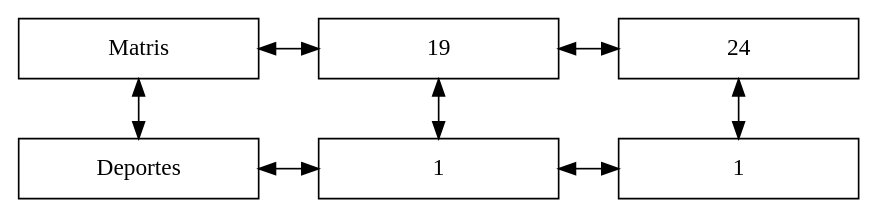
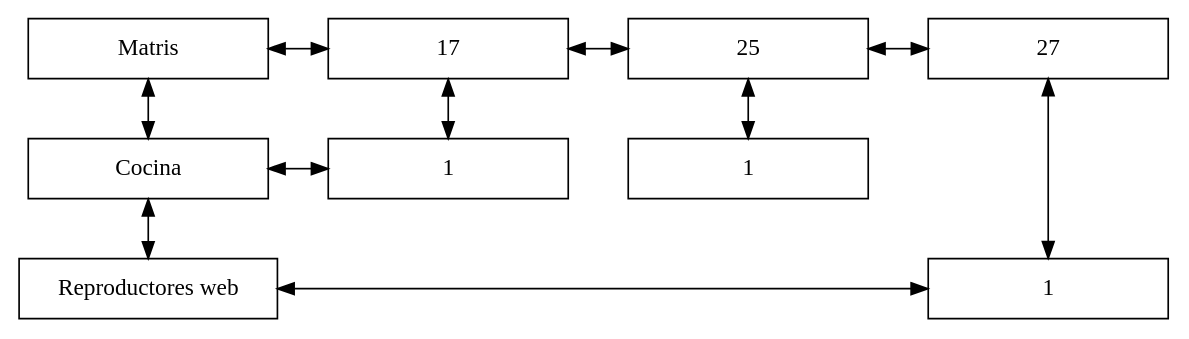
The diagram in Servidor/1997_12.dot (Macario12/EDD_VirtualMall_201905837), drawn with Graphviz before and after one commit. The commit also changed 40 other files, not shown here.

```diff
--- a/Servidor/1997_12.dot
+++ b/Servidor/1997_12.dot
@@ -1,20 +1,27 @@
 digraph { 
 rankdir = TB; 
 node [shape=rectangle, height=0.5, width=2] 
 graph[ nodesep = 0.5] 
 Matris[label="Matris"] 
-nodo19 [label="19"] 
-nodo24 [label="24"] 
-nodoDeportes [label="Deportes"] 
-Matris -> nodo19 [dir=both] 
-nodo19 -> nodo24 [dir=both] 
-Matris -> nodoDeportes [dir=both] 
+nodo17 [label="17"] 
+nodo25 [label="25"] 
+nodo27 [label="27"] 
+nodoCocina [label="Cocina"] 
+nodoReproductores_web [label="Reproductores web"] 
+Matris -> nodo17 [dir=both] 
+nodo17 -> nodo25 [dir=both] 
+nodo25 -> nodo27 [dir=both] 
+Matris -> nodoCocina [dir=both] 
+nodoCocina -> nodoReproductores_web [dir=both] 
 nodo0y0[label="1"] 
 nodo1y0[label="1"] 
-nodo19 -> nodo0y0[dir=both] 
-nodo24 -> nodo1y0[dir=both] 
-nodoDeportes -> nodo0y0[constraint=false, dir=both] 
-nodo0y0 -> nodo1y0[constraint=false, dir=both] 
-{ rank=same; Matris; nodo19; nodo24} 
-{ rank=same;nodoDeportes;nodo0y0;nodo1y0} 
+nodo2y1[label="1"] 
+nodo17 -> nodo0y0[dir=both] 
+nodo25 -> nodo1y0[dir=both] 
+nodo27 -> nodo2y1[dir=both] 
+nodoCocina -> nodo0y0[constraint=false, dir=both] 
+nodoReproductores_web -> nodo2y1[constraint=false, dir=both] 
+{ rank=same; Matris; nodo17; nodo25; nodo27} 
+{ rank=same;nodoCocina;nodo0y0} 
+{ rank=same;nodoReproductores_web;nodo2y1} 
 }
```
